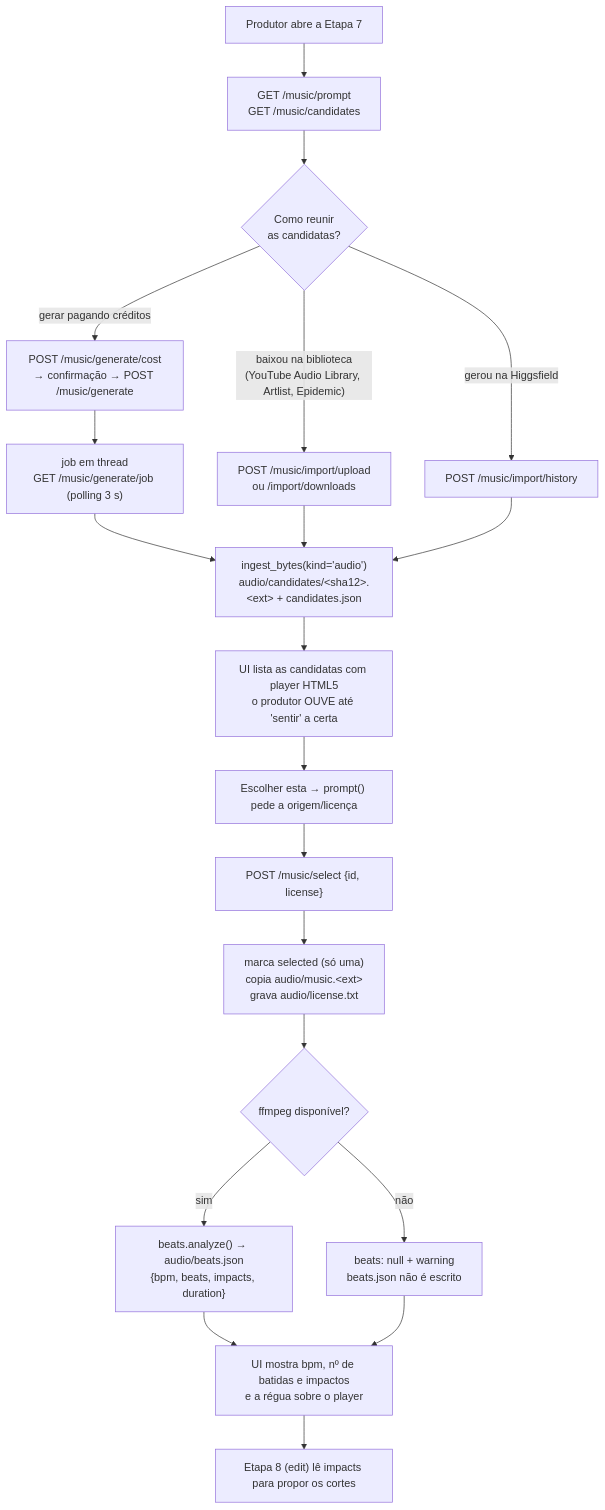
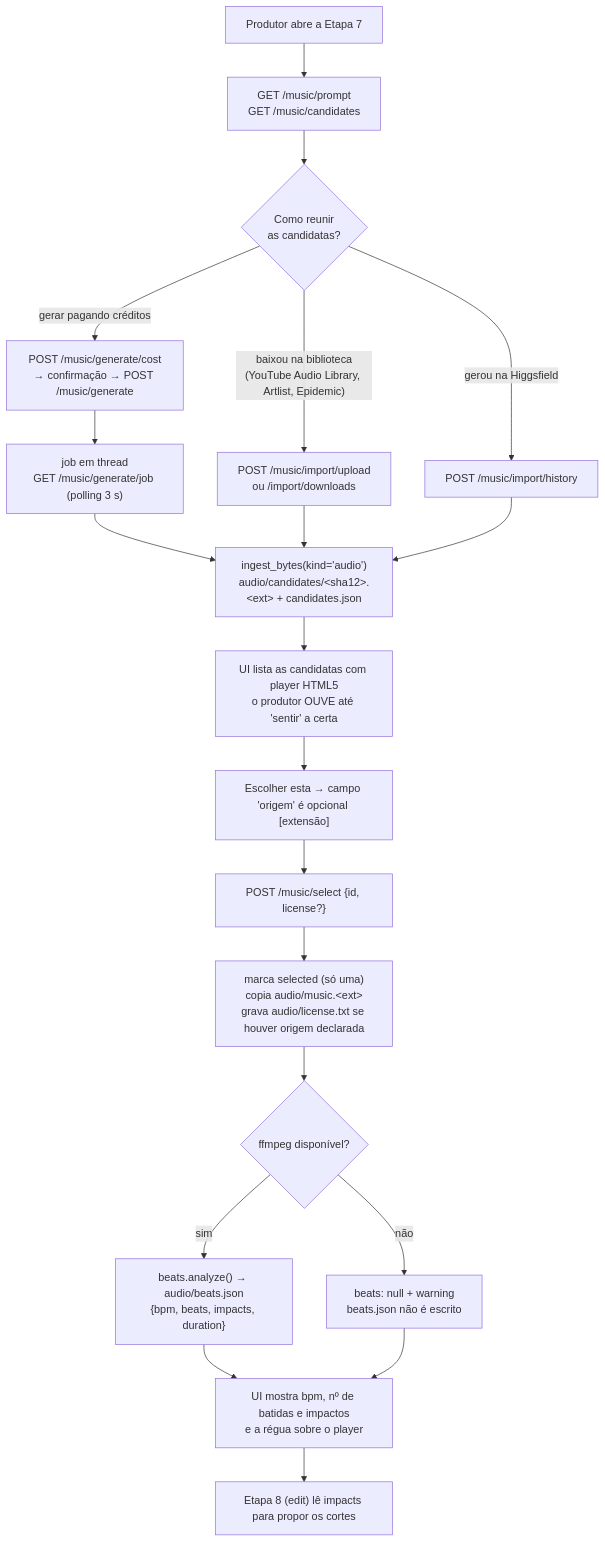
Before and after one commit to Arthur-Diego/orquestrador-studio: the second of 5 diagrams in docs/domains/music/diagrams/mermaid/music-fluxo.md, drawn with Mermaid. The commit also changed other lines of this file and 10 other files, not shown here.

First line of the commit message:
[OS-018] Docs das etapas 7 e 8: ADR-011, FDDs, diagramas e coleções Postman

````diff
--- a/docs/domains/music/diagrams/mermaid/music-fluxo.md
+++ b/docs/domains/music/diagrams/mermaid/music-fluxo.md
@@ -7,22 +32,22 @@
 ```mermaid
 flowchart TD
     A["Produtor abre a Etapa 7"] --> B["GET /music/prompt<br/>GET /music/candidates"]
     B --> C{"Como reunir<br/>as candidatas?"}
     C -->|"baixou na biblioteca<br/>(YouTube Audio Library, Artlist, Epidemic)"| D["POST /music/import/upload<br/>ou /import/downloads"]
     C -->|"gerou na Higgsfield"| E["POST /music/import/history"]
     C -->|"gerar pagando créditos"| F["POST /music/generate/cost<br/>→ confirmação → POST /music/generate"]
     F --> G["job em thread<br/>GET /music/generate/job (polling 3 s)"]
     G --> H
     D --> H["ingest_bytes(kind='audio')<br/>audio/candidates/&lt;sha12&gt;.&lt;ext&gt; + candidates.json"]
     E --> H
     H --> I["UI lista as candidatas com player HTML5<br/>o produtor OUVE até 'sentir' a certa"]
-    I --> J["Escolher esta → prompt() pede a origem/licença"]
-    J --> K["POST /music/select {id, license}"]
-    K --> L["marca selected (só uma)<br/>copia audio/music.&lt;ext&gt;<br/>grava audio/license.txt"]
+    I --> J["Escolher esta → campo 'origem' é opcional [extensão]"]
+    J --> K["POST /music/select {id, license?}"]
+    K --> L["marca selected (só uma)<br/>copia audio/music.&lt;ext&gt;<br/>grava audio/license.txt se houver origem declarada"]
     L --> M{"ffmpeg disponível?"}
     M -->|sim| N["beats.analyze() → audio/beats.json<br/>{bpm, beats, impacts, duration}"]
     M -->|não| O["beats: null + warning<br/>beats.json não é escrito"]
     N --> P["UI mostra bpm, nº de batidas e impactos<br/>e a régua sobre o player"]
     O --> P
     P --> Q["Etapa 8 (edit) lê impacts para propor os cortes"]
 ```
````
